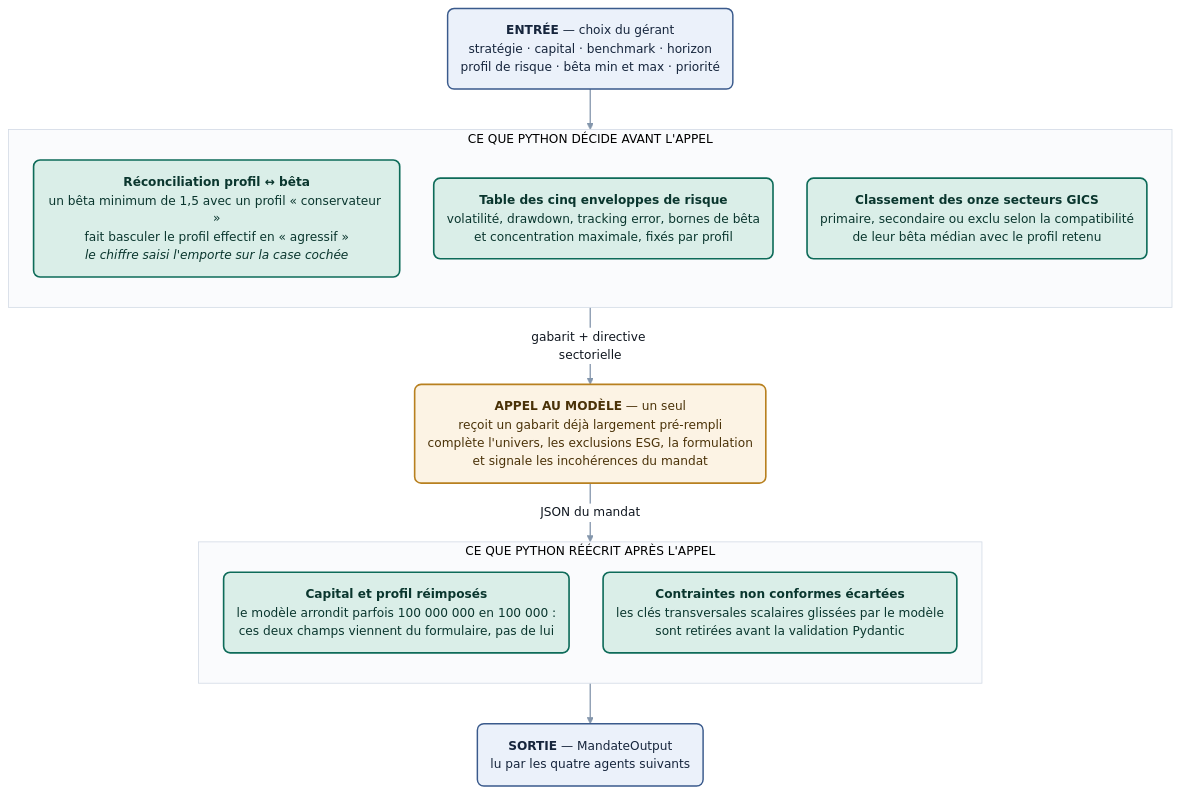
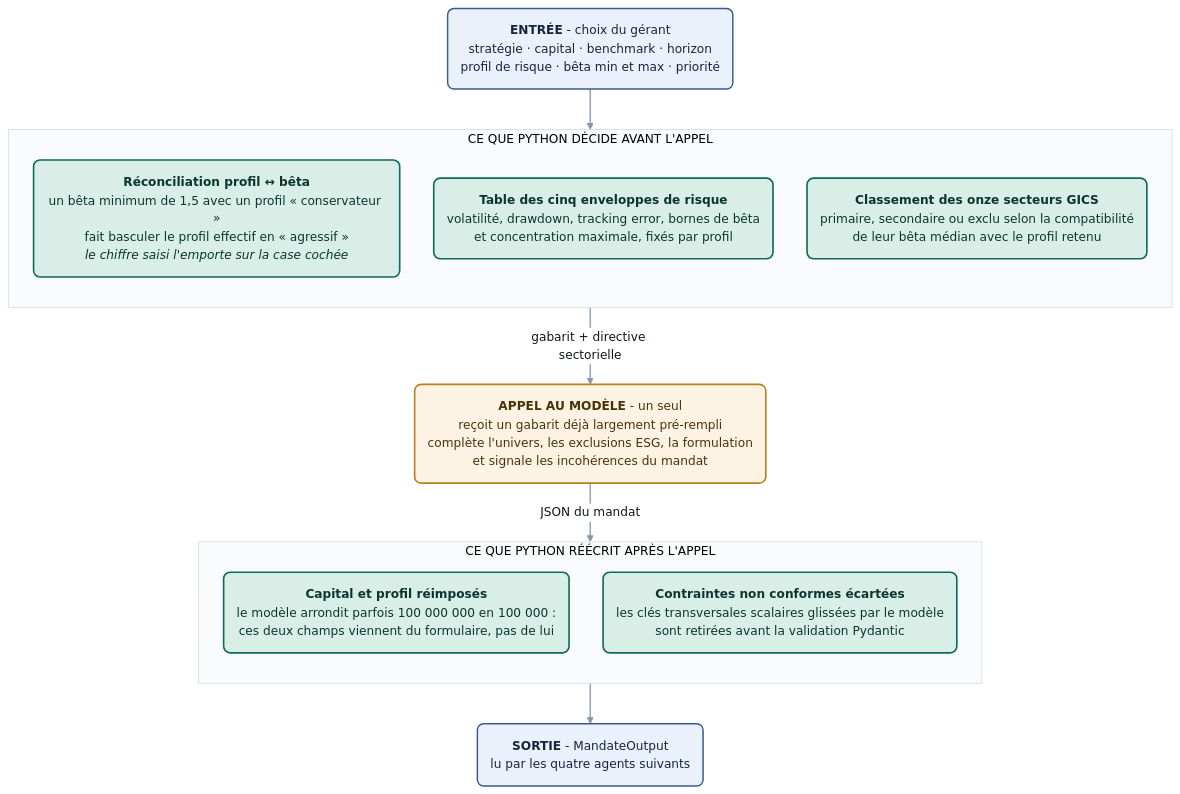
Before and after one commit to damienkuhnz-tech/AlphaSwarm-AI: the diagram in docs/architecture/agents/agent_1_mandat.mmd, drawn with Mermaid. The commit also changed 106 other files, not shown here.

```diff
--- a/docs/architecture/agents/agent_1_mandat.mmd
+++ b/docs/architecture/agents/agent_1_mandat.mmd
@@ -1,57 +1,57 @@
 ---
 config:
   theme: base
   themeVariables:
     fontFamily: "Segoe UI, Helvetica Neue, Arial, sans-serif"
     fontSize: 15px
     lineColor: "#8496AC"
     primaryColor: "#FFFFFF"
     primaryTextColor: "#101720"
     primaryBorderColor: "#8496AC"
     clusterBkg: "#FAFBFD"
     clusterBorder: "#D3DBE6"
     edgeLabelBackground: "#FFFFFF"
   flowchart:
     curve: basis
     padding: 16
     nodeSpacing: 42
     rankSpacing: 50
     wrappingWidth: 420
 ---
 flowchart TB
 
-  IN("<b>ENTRÉE</b> — choix du gérant<br/>stratégie · capital · benchmark · horizon<br/>profil de risque · bêta min et max · priorité")
+  IN("<b>ENTRÉE</b> - choix du gérant<br/>stratégie · capital · benchmark · horizon<br/>profil de risque · bêta min et max · priorité")
 
   subgraph AVANT["&nbsp;&nbsp;CE QUE PYTHON DÉCIDE AVANT L'APPEL&nbsp;&nbsp;"]
     direction TB
     P1("<b>Réconciliation profil ↔ bêta</b><br/>un bêta minimum de 1,5 avec un profil « conservateur »<br/>fait basculer le profil effectif en « agressif »<br/><i>le chiffre saisi l'emporte sur la case cochée</i>")
     P2("<b>Table des cinq enveloppes de risque</b><br/>volatilité, drawdown, tracking error, bornes de bêta<br/>et concentration maximale, fixés par profil")
     P3("<b>Classement des onze secteurs GICS</b><br/>primaire, secondaire ou exclu selon la compatibilité<br/>de leur bêta médian avec le profil retenu")
   end
 
-  LLM("<b>APPEL AU MODÈLE</b> — un seul<br/>reçoit un gabarit déjà largement pré-rempli<br/>complète l'univers, les exclusions ESG, la formulation<br/>et signale les incohérences du mandat")
+  LLM("<b>APPEL AU MODÈLE</b> - un seul<br/>reçoit un gabarit déjà largement pré-rempli<br/>complète l'univers, les exclusions ESG, la formulation<br/>et signale les incohérences du mandat")
 
   subgraph APRES["&nbsp;&nbsp;CE QUE PYTHON RÉÉCRIT APRÈS L'APPEL&nbsp;&nbsp;"]
     direction TB
     R1("<b>Capital et profil réimposés</b><br/>le modèle arrondit parfois 100 000 000 en 100 000 :<br/>ces deux champs viennent du formulaire, pas de lui")
     R2("<b>Contraintes non conformes écartées</b><br/>les clés transversales scalaires glissées par le modèle<br/>sont retirées avant la validation Pydantic")
   end
 
-  OUT("<b>SORTIE</b> — MandateOutput<br/>lu par les quatre agents suivants")
+  OUT("<b>SORTIE</b> - MandateOutput<br/>lu par les quatre agents suivants")
 
   IN --> AVANT
   AVANT -->|"gabarit + directive sectorielle"| LLM
   LLM -->|"JSON du mandat"| APRES
   APRES --> OUT
 
   class IN,OUT io;
   class P1,P2,P3,R1,R2 calc;
   class LLM juge;
 
   classDef juge fill:#FCF3E4,stroke:#B8801F,stroke-width:2px,color:#4A3208,rx:8,ry:8;
   classDef calc fill:#DAEEE8,stroke:#0D6B59,stroke-width:2px,color:#0A362E,rx:8,ry:8;
   classDef io fill:#EBF1FA,stroke:#3A5A8C,stroke-width:1.8px,color:#16253C,rx:8,ry:8;
   classDef stop fill:#FBE4E1,stroke:#9C2A22,stroke-width:2px,color:#4A110D,rx:8,ry:8;
   classDef data fill:#FFFFFF,stroke:#8496AC,stroke-width:1.4px,color:#101720,rx:8,ry:8;
 
   linkStyle default stroke-width:1.6px;
```
